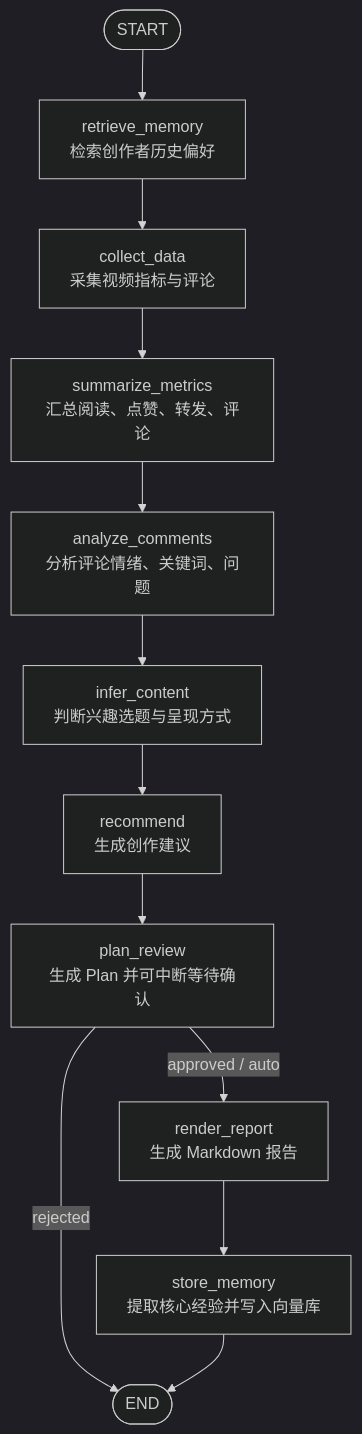
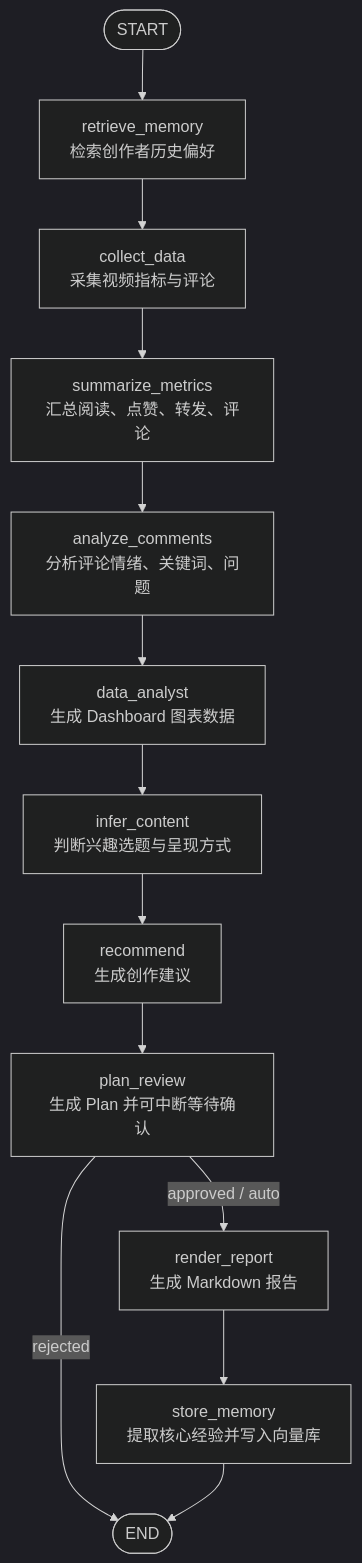
The first of 2 diagrams in knowledges/03_langgraph_workflow.md (daviddou2023/creator-assistant-agent), drawn with Mermaid (dark theme) before and after one commit. The commit also changed other lines of this file and 19 other files, not shown here.

````diff
--- a/knowledges/03_langgraph_workflow.md
+++ b/knowledges/03_langgraph_workflow.md
@@ -7,26 +7,28 @@
 ```mermaid
 flowchart TD
     start([START])
     memory[retrieve_memory<br/>检索创作者历史偏好]
     collect[collect_data<br/>采集视频指标与评论]
     metrics[summarize_metrics<br/>汇总阅读、点赞、转发、评论]
     comments[analyze_comments<br/>分析评论情绪、关键词、问题]
+    analyst[data_analyst<br/>生成 Dashboard 图表数据]
     content[infer_content<br/>判断兴趣选题与呈现方式]
     recommend[recommend<br/>生成创作建议]
     plan[plan_review<br/>生成 Plan 并可中断等待确认]
     report[render_report<br/>生成 Markdown 报告]
     store[store_memory<br/>提取核心经验并写入向量库]
     finish([END])
 
     start --> memory
     memory --> collect
     collect --> metrics
     metrics --> comments
-    comments --> content
+    comments --> analyst
+    analyst --> content
     content --> recommend
     recommend --> plan
     plan -->|approved / auto| report
     plan -->|rejected| finish
     report --> store
     store --> finish
 ```
````
